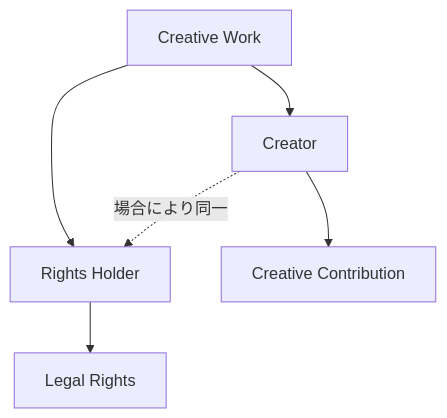
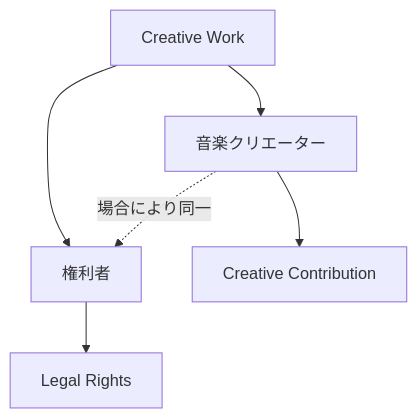
Before and after one commit to ShigeichiroYamasaki/creator-first-platform: the third of 17 diagrams in docs/whitepaper/01-vision.md, drawn with Mermaid. The commit also changed other lines of this file and 67 other files, not shown here.

````diff
--- a/docs/whitepaper/01-vision.md
+++ b/docs/whitepaper/01-vision.md
@@ -76,12 +76,12 @@
 ```mermaid
 flowchart TD
     WORK[Creative Work]
 
-    WORK --> CREATOR[Creator]
-    WORK --> RIGHTS[Rights Holder]
+    WORK --> CREATOR[音楽クリエーター]
+    WORK --> RIGHTS[権利者]
 
     CREATOR --> CREATE[Creative Contribution]
     RIGHTS --> LEGAL[Legal Rights]
 
     CREATOR -.場合により同一.-> RIGHTS
 ```
````
